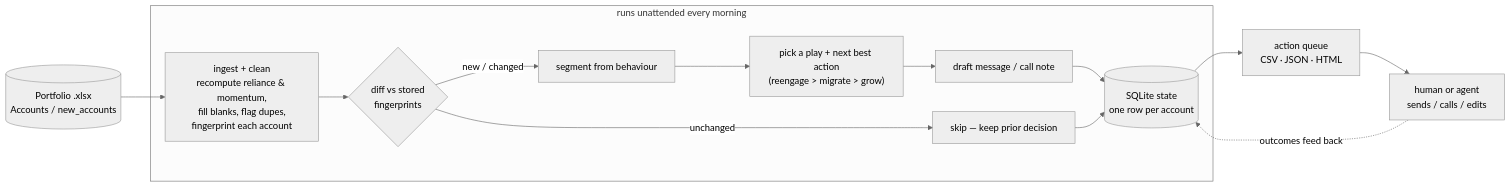
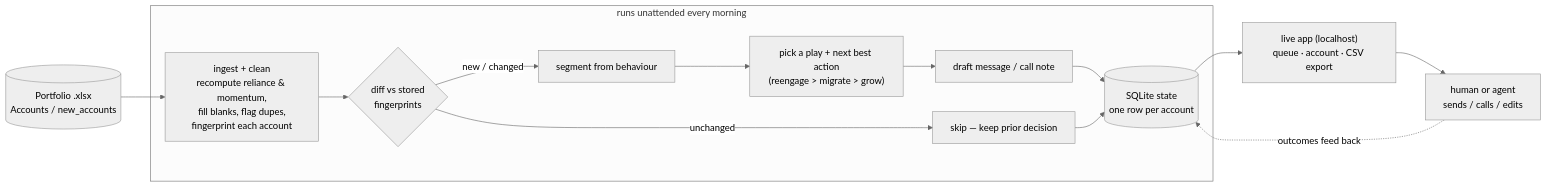
The diagram in README.md (VincenzoBianco/fleek-retention-agent), drawn with Mermaid (neutral theme) before and after one commit. The commit also changed other lines of this file and 6 other files, not shown here.

First line of the commit message:
Refactor: localhost app is the only UI — drop static HTML report

````diff
--- a/README.md
+++ b/README.md
@@ -101,19 +94,19 @@
 ```mermaid
 flowchart LR
   X[("Portfolio .xlsx<br/>Accounts / new_accounts")] --> I
 
   subgraph AUTO["runs unattended every morning"]
     I["ingest + clean<br/>recompute reliance & momentum,<br/>fill blanks, flag dupes,<br/>fingerprint each account"]
     I --> D{"diff vs stored<br/>fingerprints"}
     D -->|unchanged| SKIP["skip — keep prior decision"]
     D -->|new / changed| SEG["segment from behaviour"]
     SEG --> DEC["pick a play + next best action<br/>(reengage > migrate > grow)"]
     DEC --> DR["draft message / call note"]
     DR --> ST[("SQLite state<br/>one row per account")]
     SKIP --> ST
   end
 
-  ST --> OUT["action queue<br/>CSV · JSON · HTML"]
+  ST --> OUT["live app (localhost)<br/>queue · account · CSV export"]
   OUT --> H["human or agent<br/>sends / calls / edits"]
   H -.->|outcomes feed back| ST
 ```
````
